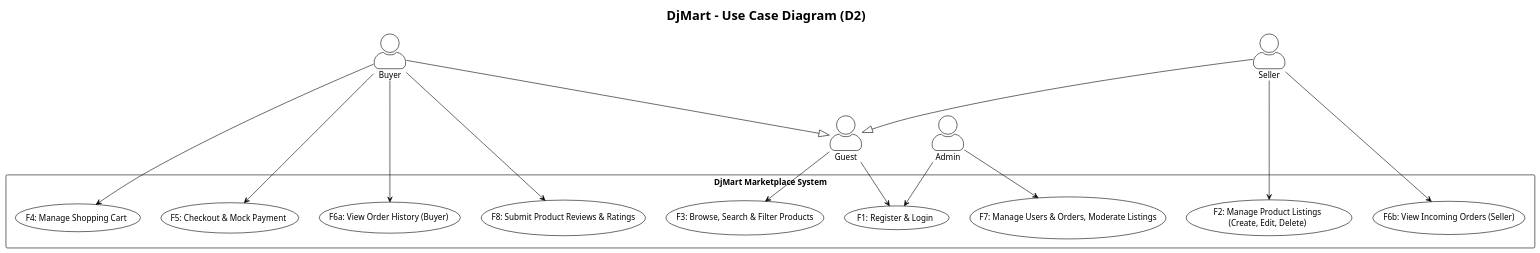
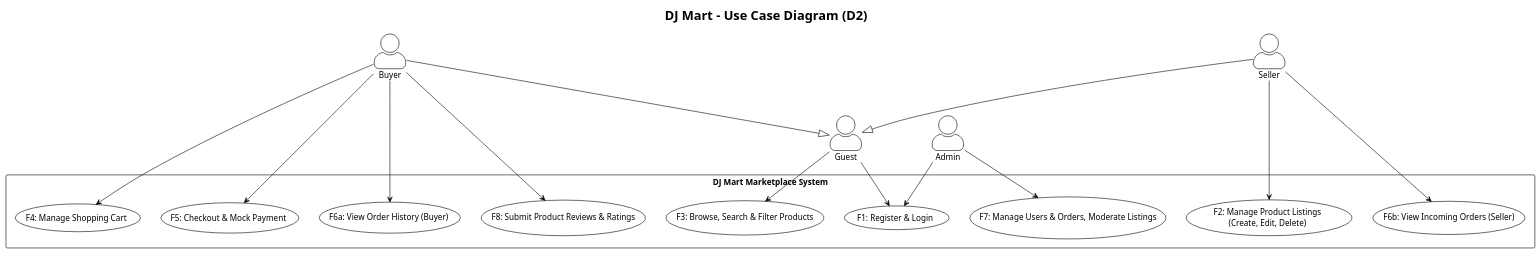
One commit to ravanan-666/Capstone changed the diagram in docs/diagrams/D2_UseCase_Diagram.puml. Above: the diagram before and after it, drawn with PlantUML. The commit also changed 2734 other files, not shown here.

Commit message:
feat: complete DJ Mart modern marketplace, database-aware AI chatbot, 24-product catalog, and Docker/Render production config

```diff
--- a/docs/diagrams/D2_UseCase_Diagram.puml
+++ b/docs/diagrams/D2_UseCase_Diagram.puml
@@ -1,41 +1,41 @@
 @startuml
 !theme plain
 skinparam packageStyle rectangle
 skinparam actorStyle awesome
 
-title DjMart - Use Case Diagram (D2)
+title DJ Mart - Use Case Diagram (D2)
 
 actor "Buyer" as buyer
 actor "Seller" as seller
 actor "Admin" as admin
 actor "Guest" as guest
 
-rectangle "DjMart Marketplace System" {
+rectangle "DJ Mart Marketplace System" {
   usecase "F1: Register & Login" as UC_Auth
   usecase "F2: Manage Product Listings\n(Create, Edit, Delete)" as UC_ManageProducts
   usecase "F3: Browse, Search & Filter Products" as UC_Browse
   usecase "F4: Manage Shopping Cart" as UC_Cart
   usecase "F5: Checkout & Mock Payment" as UC_Checkout
   usecase "F6a: View Order History (Buyer)" as UC_BuyerOrders
   usecase "F6b: View Incoming Orders (Seller)" as UC_SellerOrders
   usecase "F7: Manage Users & Orders, Moderate Listings" as UC_AdminModerate
   usecase "F8: Submit Product Reviews & Ratings" as UC_Reviews
 }
 
 guest --> UC_Auth
 guest --> UC_Browse
 
 buyer --|> guest
 buyer --> UC_Cart
 buyer --> UC_Checkout
 buyer --> UC_BuyerOrders
 buyer --> UC_Reviews
 
 seller --|> guest
 seller --> UC_ManageProducts
 seller --> UC_SellerOrders
 
 admin --> UC_AdminModerate
 admin --> UC_Auth
 
 @enduml
```
